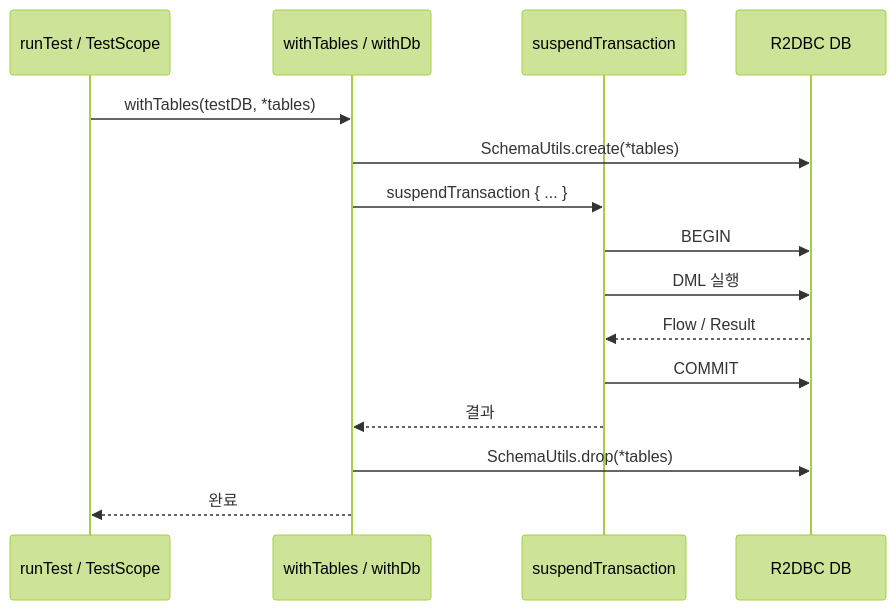
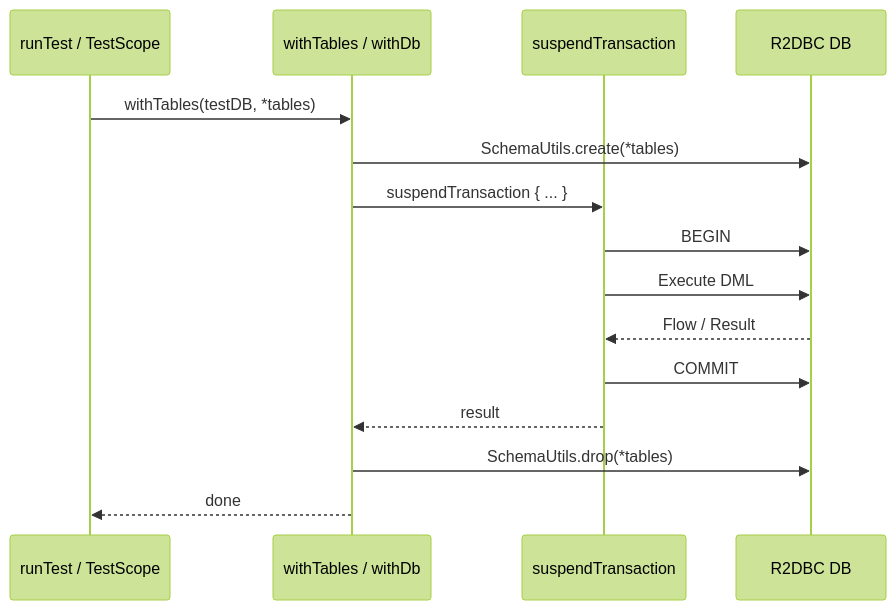
The first of 3 diagrams in 08-r2dbc-coroutines/01-exposed-r2dbc-coroutines-basic/README.md (bluetape4k/exposed-r2dbc-workshop), drawn with Mermaid (forest theme) before and after one commit. The commit also changed other lines of this file and 63 other files, not shown here.

First line of the commit message:
docs: 전 모듈 README Mermaid UML 추가 및 영/한 이중화

````diff
--- a/08-r2dbc-coroutines/01-exposed-r2dbc-coroutines-basic/README.md
+++ b/08-r2dbc-coroutines/01-exposed-r2dbc-coroutines-basic/README.md
@@ -27,18 +29,18 @@
 ```mermaid
 sequenceDiagram
     participant T as runTest / TestScope
     participant W as withTables / withDb
     participant ST as suspendTransaction
     participant DB as R2DBC DB
 
     T ->> W: withTables(testDB, *tables)
     W ->> DB: SchemaUtils.create(*tables)
     W ->> ST: suspendTransaction { ... }
     ST ->> DB: BEGIN
-    ST ->> DB: DML 실행
+    ST ->> DB: Execute DML
     DB -->> ST: Flow / Result
     ST ->> DB: COMMIT
-    ST -->> W: 결과
+    ST -->> W: result
     W ->> DB: SchemaUtils.drop(*tables)
-    W -->> T: 완료
+    W -->> T: done
 ```
````
